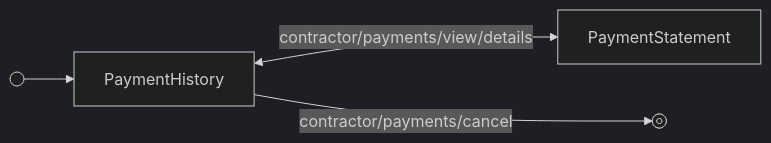
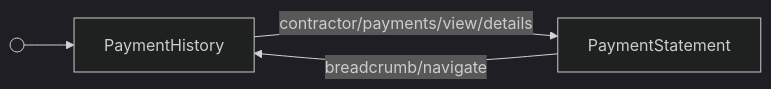
One commit to Gusto/embedded-react-sdk changed the diagram in src/components/Contractor/Payments/ViewHistoryFlow/GUIDE.md. Above: the diagram before and after it, drawn with Mermaid (dark theme). The commit also changed other lines of this file and 1 other file, not shown here.

Commit message:
docs(PaymentFlow): fix CreatePaymentFlow/ViewHistoryFlow step-flow diagrams
Per .claude/doc-guides/flows.md diagram guidance:

- CreatePaymentFlow is a guided flow (linear, real exit) — switch its
  diagram from LR to TD.
- ViewHistoryFlow: contractor/payments/cancel doesn't exit the flow —
  traced to PaymentHistory.handleCancelPayment, which just refetches and
  stays on PaymentHistory. Drop the done node/edge; this flow has no exit.
  Split the PaymentHistory<->PaymentStatement edge into its two real,
  distinct events (view/details forward, breadcrumb/navigate back)
  instead of one bidirectional edge showing only the forward label.
  Corrected prose that mischaracterized cancel as exiting "the group
  outright."

These flows stay @alpha and excluded from the generated reference, so
there's no docs/reference diff to regenerate.

````diff
--- a/src/components/Contractor/Payments/ViewHistoryFlow/GUIDE.md
+++ b/src/components/Contractor/Payments/ViewHistoryFlow/GUIDE.md
@@ -9,6 +9,6 @@
 ```mermaid
 flowchart LR
   start@{ shape: sm-circ } --> PaymentHistory
-  PaymentHistory <-->|"contractor/payments/view/details"| PaymentStatement
-  PaymentHistory -->|"contractor/payments/cancel"| done@{ shape: fr-circ, label: " " }
+  PaymentHistory -->|"contractor/payments/view/details"| PaymentStatement
+  PaymentStatement -->|"breadcrumb/navigate"| PaymentHistory
 ```
````
